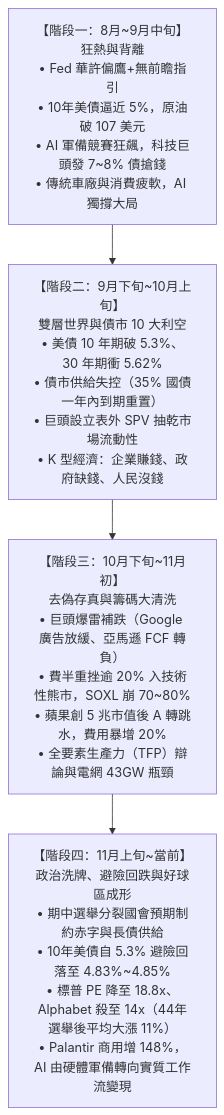
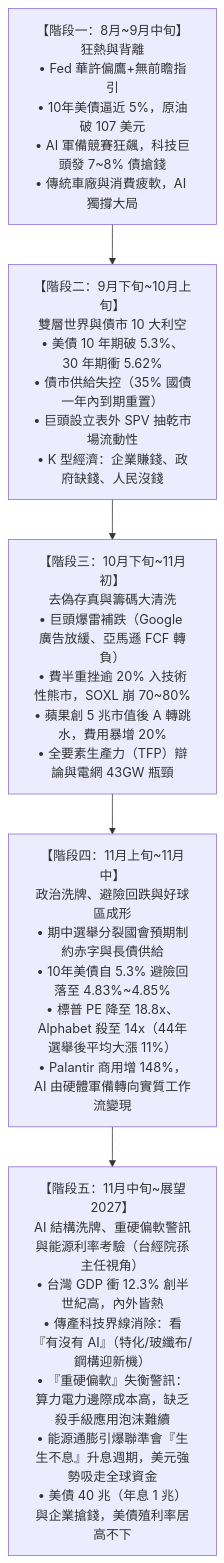
One commit to garfiwang/weekly-financial-notes changed the diagram in 財經週報學習總綱與波克夏投資決策知識庫.md. Above: the diagram before and after it, drawn with Mermaid. The commit also changed other lines of this file and 7 other files, not shown here.

````diff
--- a/財經週報學習總綱與波克夏投資決策知識庫.md
+++ b/財經週報學習總綱與波克夏投資決策知識庫.md
@@ -13,9 +13,10 @@
 ```mermaid
 flowchart TD
     Phase1["【階段一：8月~9月中旬】<br>狂熱與背離<br>• Fed 華許偏鷹+無前瞻指引<br>• 10年美債逼近 5%，原油破 107 美元<br>• AI 軍備競賽狂飆，科技巨頭發 7~8% 債搶錢<br>• 傳統車廠與消費疲軟，AI 獨撐大局"]
     Phase2["【階段二：9月下旬~10月上旬】<br>雙層世界與債市 10 大利空<br>• 美債 10 年期破 5.3%、30 年期衝 5.62%<br>• 債市供給失控（35% 國債一年內到期重置）<br>• 巨頭設立表外 SPV 抽乾市場流動性<br>• K 型經濟：企業賺錢、政府缺錢、人民沒錢"]
     Phase3["【階段三：10月下旬~11月初】<br>去偽存真與籌碼大清洗<br>• 巨頭爆雷補跌（Google 廣告放緩、亞馬遜 FCF 轉負）<br>• 費半重挫逾 20% 入技術性熊市，SOXL 崩 70~80%<br>• 蘋果創 5 兆市值後 A 轉跳水，費用暴增 20%<br>• 全要素生產力（TFP）辯論與電網 43GW 瓶頸"]
-    Phase4["【階段四：11月上旬~當前】<br>政治洗牌、避險回跌與好球區成形<br>• 期中選舉分裂國會預期制約赤字與長債供給<br>• 10年美債自 5.3% 避險回落至 4.83%~4.85%<br>• 標普 PE 降至 18.8x、Alphabet 殺至 14x（44年選舉後平均大漲 11%）<br>• Palantir 商用增 148%，AI 由硬體軍備轉向實質工作流變現"]
+    Phase4["【階段四：11月上旬~11月中】<br>政治洗牌、避險回跌與好球區成形<br>• 期中選舉分裂國會預期制約赤字與長債供給<br>• 10年美債自 5.3% 避險回落至 4.83%~4.85%<br>• 標普 PE 降至 18.8x、Alphabet 殺至 14x（44年選舉後平均大漲 11%）<br>• Palantir 商用增 148%，AI 由硬體軍備轉向實質工作流變現"]
+    Phase5["【階段五：11月中旬~展望2027】<br>AI 結構洗牌、重硬偏軟警訊與能源利率考驗（台經院孫主任視角）<br>• 台灣 GDP 衝 12.3% 創半世紀高，內外皆熱<br>• 傳產科技界線消除：看『有沒有 AI』（特化/玻纖布/鋼構迎新機）<br>• 『重硬偏軟』失衡警訊：算力電力邊際成本高，缺乏殺手級應用泡沫難續<br>• 能源通膨引爆聯準會『生生不息』升息週期，美元強勢吸走全球資金<br>• 美債 40 兆（年息 1 兆）與企業搶錢，美債殖利率居高不下"]
 
-    Phase1 --> Phase2 --> Phase3 --> Phase4
+    Phase1 --> Phase2 --> Phase3 --> Phase4 --> Phase5
 ```
````
